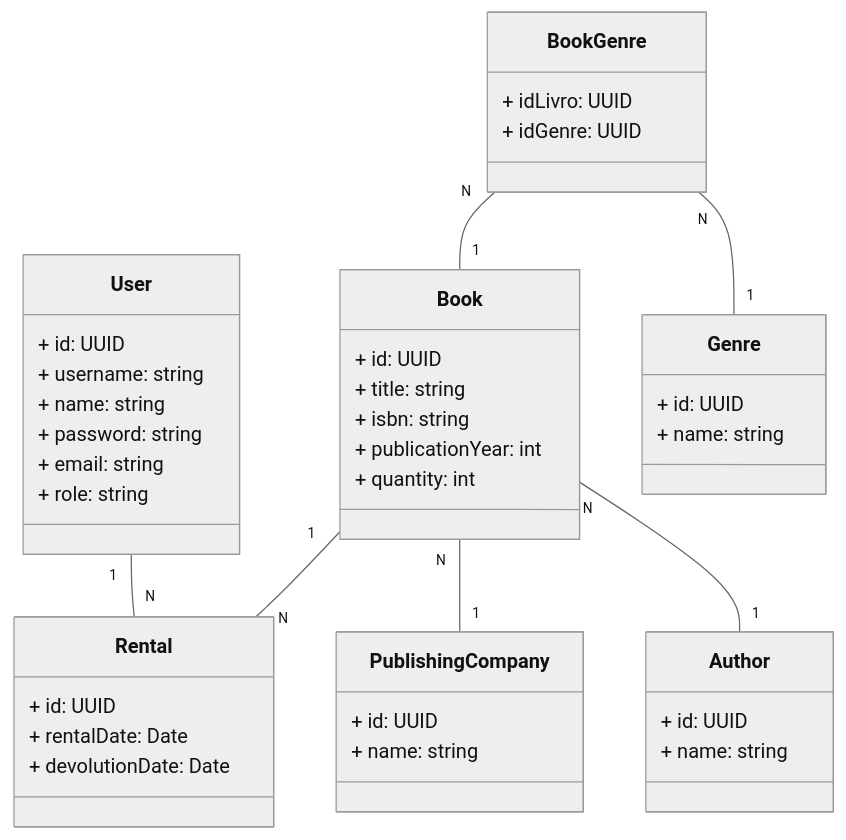
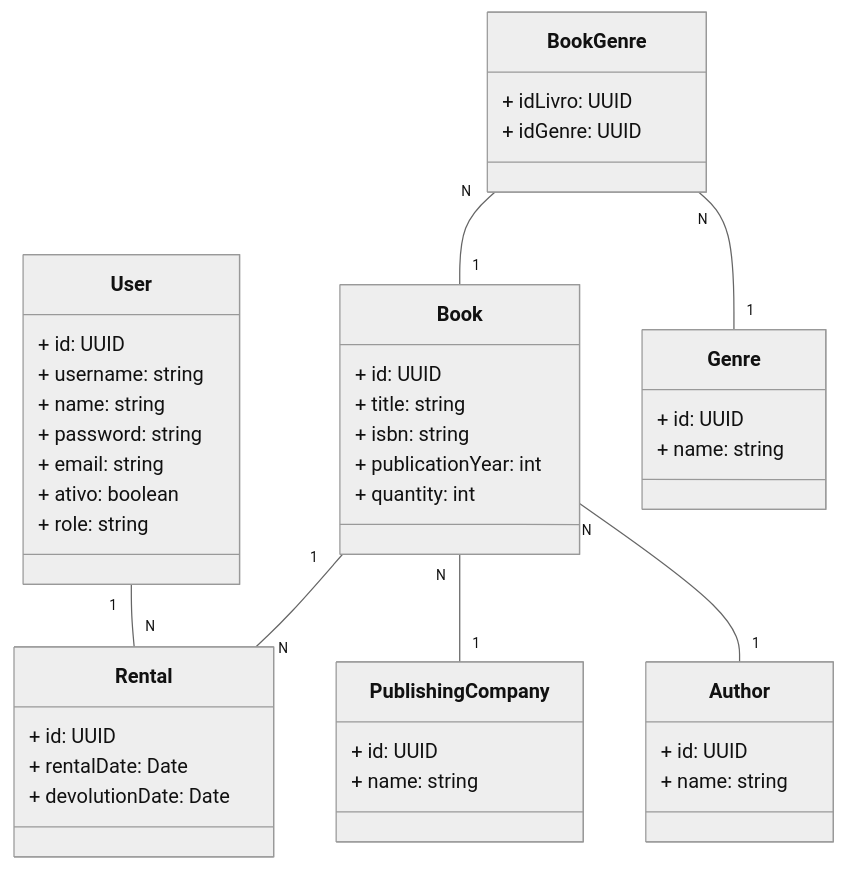
One commit to Caio-Pfaltzgraff/toplibrary changed the diagram in README.md. Above: the diagram before and after it, drawn with Mermaid (neutral theme). The commit also changed other lines of this file and 18 other files, not shown here.

````diff
--- a/README.md
+++ b/README.md
@@ -49,52 +52,53 @@
 ```mermaid
 classDiagram
   class User {
     + id: UUID
     + username: string
     + name: string
     + password: string
     + email: string
+    + ativo: boolean
     + role: string
   }
 
   class Book {
     + id: UUID
     + title: string
     + isbn: string
     + publicationYear: int
     + quantity: int
   }
 
   class PublishingCompany {
     + id: UUID
     + name: string
   }
 
   class Author {
     + id: UUID
     + name: string
   }
 
   class Genre {
     + id: UUID
     + name: string
   }
   
   class BookGenre {
       + idLivro: UUID
       + idGenre: UUID
   }
 
   class Rental {
     + id: UUID
     + rentalDate: Date
     + devolutionDate: Date
   }
 
   User "1" -- "N" Rental
   Book "1" -- "N" Rental
   Book "N" -- "1" PublishingCompany
   Book "N" -- "1" Author
   BookGenre "N" -- "1" Book
   BookGenre "N" -- "1" Genre
 ```
````
